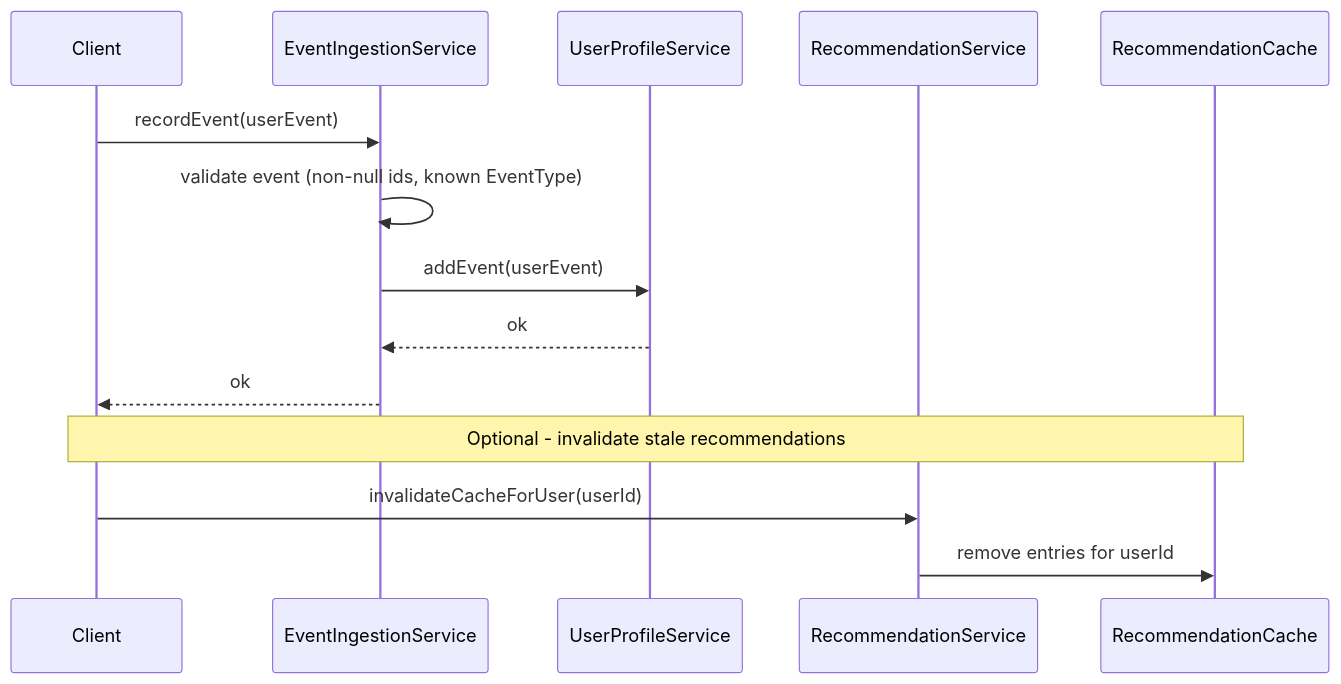
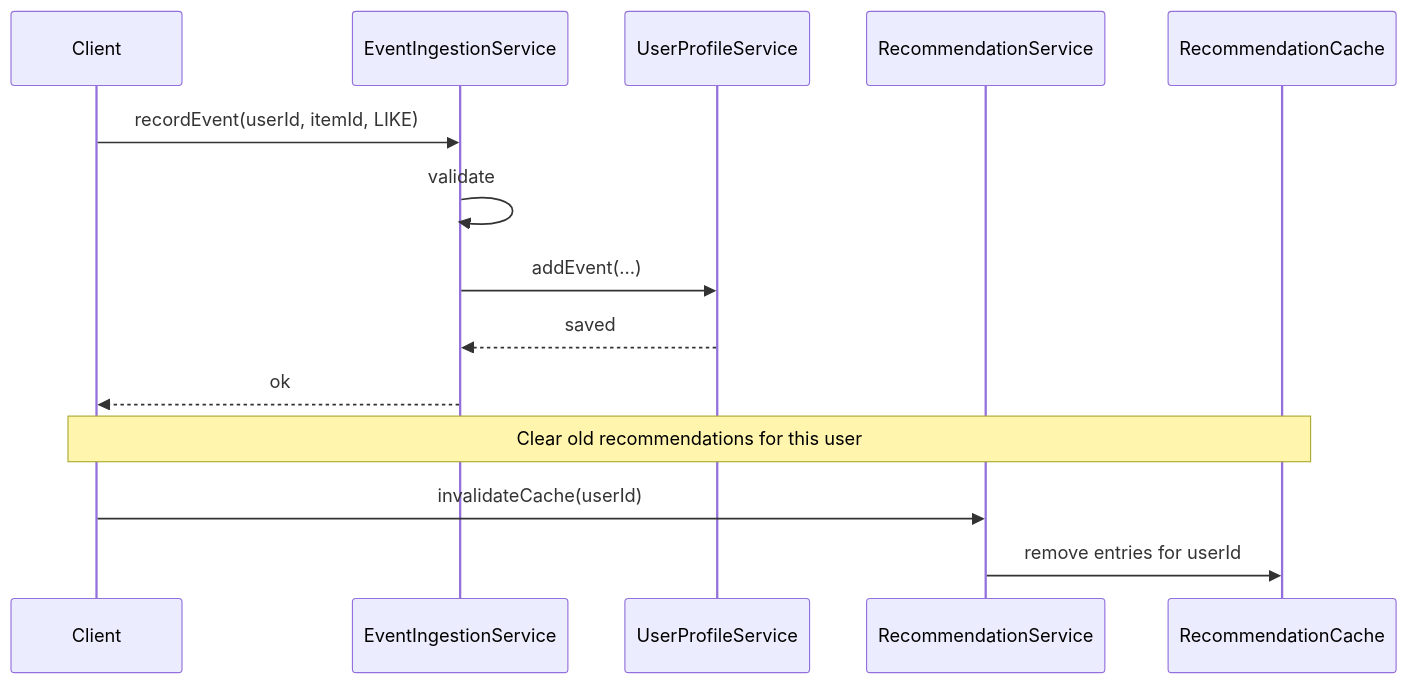
The third of 3 diagrams in recommendationservice/DESIGN.md (basudev1212/lld-problems), drawn with Mermaid before and after one commit. The commit also changed other lines of this file, not shown here.

````diff
--- a/recommendationservice/DESIGN.md
+++ b/recommendationservice/DESIGN.md
@@ -467,18 +490,18 @@
 ```mermaid
 sequenceDiagram
     participant Client
     participant EIS as EventIngestionService
     participant UPS as UserProfileService
     participant RS as RecommendationService
     participant Cache as RecommendationCache
 
-    Client->>EIS: recordEvent(userEvent)
-    EIS->>EIS: validate event (non-null ids, known EventType)
-    EIS->>UPS: addEvent(userEvent)
-    UPS-->>EIS: ok
+    Client->>EIS: recordEvent(userId, itemId, LIKE)
+    EIS->>EIS: validate
+    EIS->>UPS: addEvent(...)
+    UPS-->>EIS: saved
     EIS-->>Client: ok
 
-    Note over Client,Cache: Optional - invalidate stale recommendations
-    Client->>RS: invalidateCacheForUser(userId)
+    Note over Client,Cache: Clear old recommendations for this user
+    Client->>RS: invalidateCache(userId)
     RS->>Cache: remove entries for userId
 ```
````
